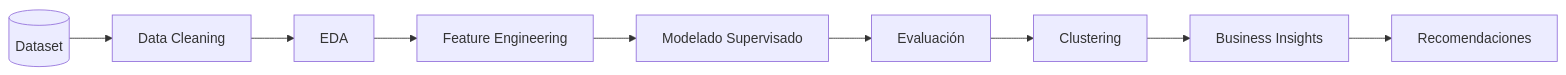
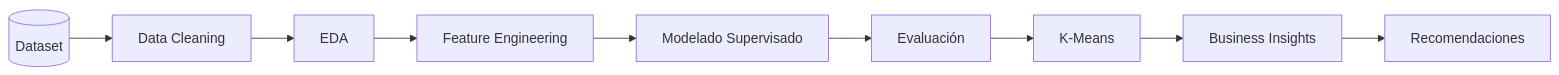
The diagram in README.md (Vanihub27/AnalisisChurnBancario_ConAprendizajeSupervisadoYNoSupervisado), drawn with Mermaid before and after one commit. The commit also changed other lines of this file, not shown here.

````diff
--- a/README.md
+++ b/README.md
@@ -133,19 +136,20 @@
 ```mermaid
 flowchart LR
 
-A[(Dataset)] --> B[Data Cleaning]
+A[(Dataset)]
+--> B[Data Cleaning]
 
 B --> C[EDA]
 
 C --> D[Feature Engineering]
 
 D --> E[Modelado Supervisado]
 
 E --> F[Evaluación]
 
-F --> G[Clustering]
+F --> G[K-Means]
 
 G --> H[Business Insights]
 
 H --> I[Recomendaciones]
 ```
````
